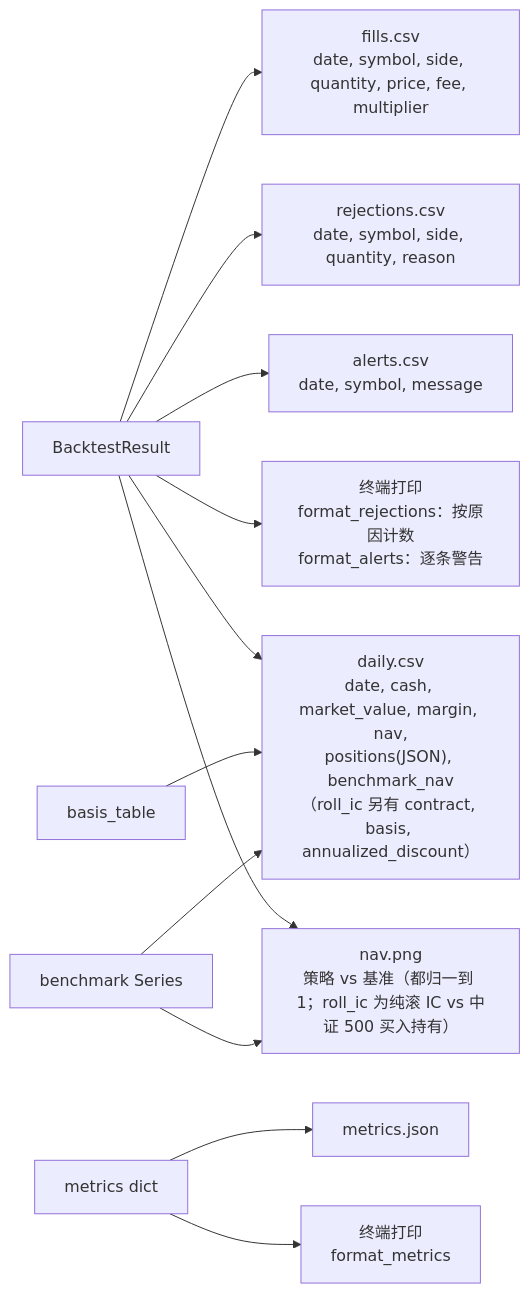
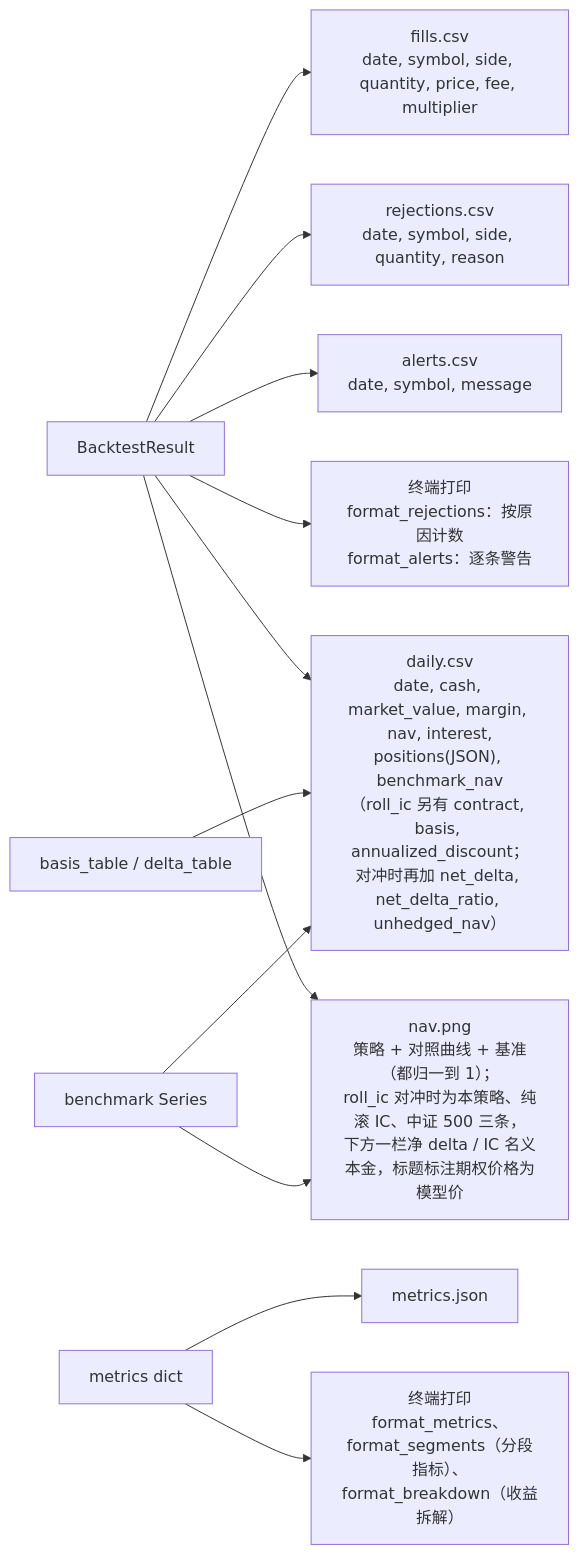
Diagram 24 of 27 in docs/code-walkthrough.md (guevara12345/quant), drawn with Mermaid before and after one commit. The commit also changed other lines of this file and 16 other files, not shown here.

First line of the commit message:
feat: 滚 IC + put delta 中性：put 对冲、每日净 delta、收益拆解、分段指标（ticket 06）

````diff
--- a/docs/code-walkthrough.md
+++ b/docs/code-walkthrough.md
@@ -994,14 +1054,14 @@
 ```mermaid
 flowchart LR
     R[BacktestResult] --> FC["fills.csv<br/>date, symbol, side, quantity, price, fee, multiplier"]
     R --> RC["rejections.csv<br/>date, symbol, side, quantity, reason"]
     R --> AC["alerts.csv<br/>date, symbol, message"]
     R --> RT["终端打印<br/>format_rejections：按原因计数<br/>format_alerts：逐条警告"]
-    R --> DC["daily.csv<br/>date, cash, market_value, margin, nav,<br/>positions(JSON), benchmark_nav<br/>（roll_ic 另有 contract, basis, annualized_discount）"]
-    BT[basis_table] --> DC
+    R --> DC["daily.csv<br/>date, cash, market_value, margin, nav, interest,<br/>positions(JSON), benchmark_nav<br/>（roll_ic 另有 contract, basis, annualized_discount；<br/>对冲时再加 net_delta, net_delta_ratio, unhedged_nav）"]
+    BT[basis_table / delta_table] --> DC
     M[metrics dict] --> MJ[metrics.json]
-    R --> NP["nav.png<br/>策略 vs 基准（都归一到 1；roll_ic 为纯滚 IC vs 中证 500 买入持有）"]
+    R --> NP["nav.png<br/>策略 + 对照曲线 + 基准（都归一到 1）；<br/>roll_ic 对冲时为本策略、纯滚 IC、中证 500 三条，<br/>下方一栏净 delta / IC 名义本金，标题标注期权价格为模型价"]
     B[benchmark Series] --> NP
     B --> DC
-    M --> TXT["终端打印<br/>format_metrics"]
+    M --> TXT["终端打印<br/>format_metrics、format_segments（分段指标）、<br/>format_breakdown（收益拆解）"]
 ```
````
